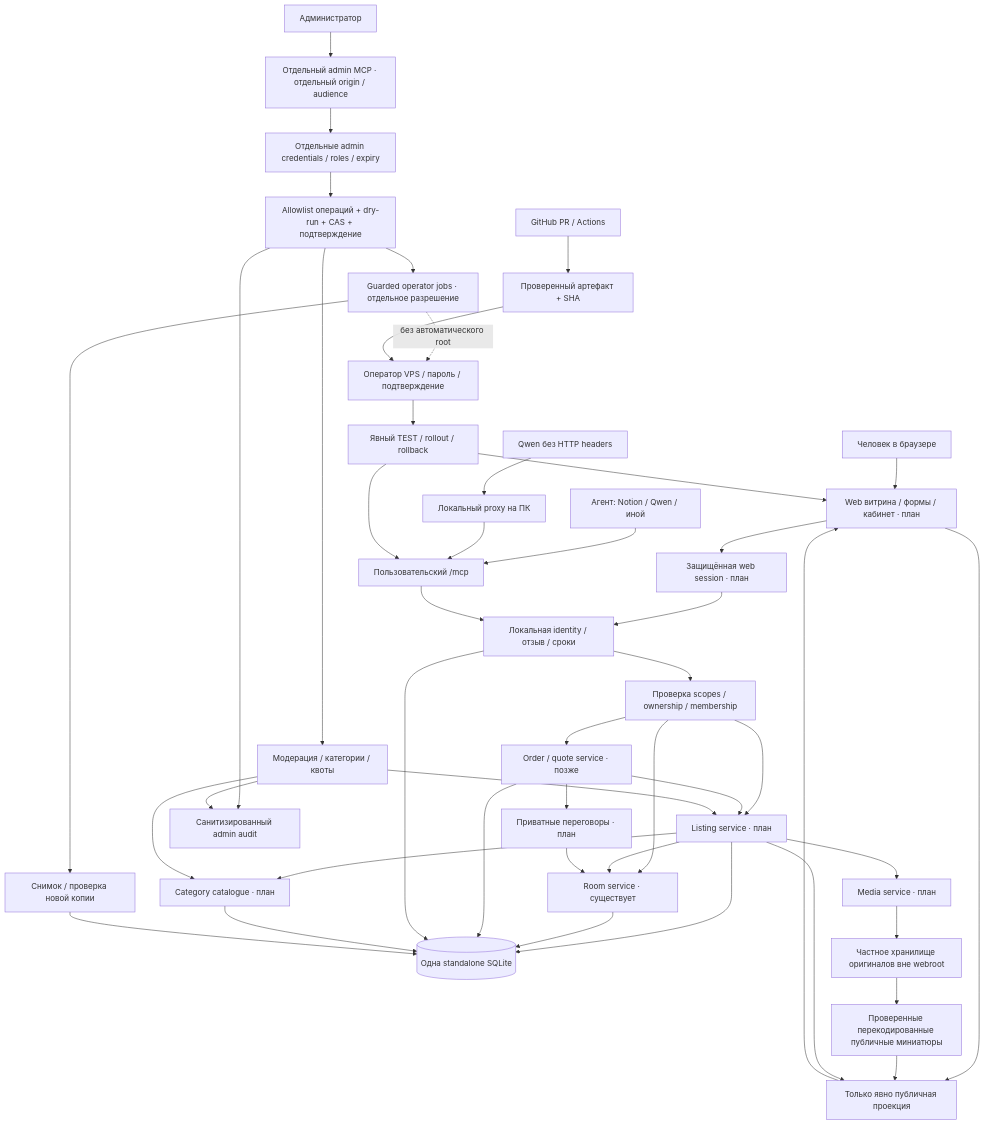
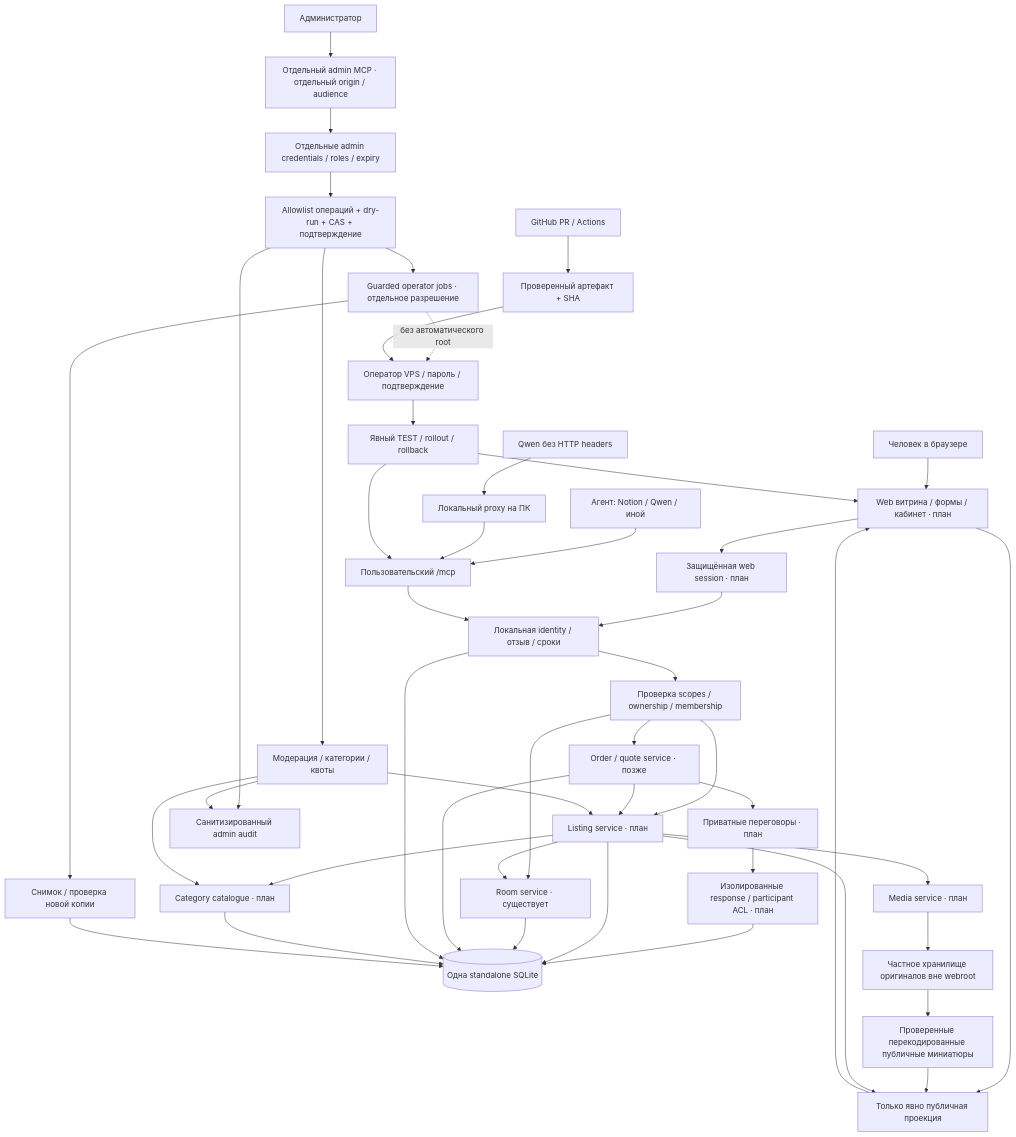
The first of 2 diagrams in docs/architecture-graph.md (LeonidYasin/mcp-rooms), drawn with Mermaid before and after one commit. The commit also changed other lines of this file and 9 other files, not shown here.

````diff
--- a/docs/architecture-graph.md
+++ b/docs/architecture-graph.md
@@ -10,48 +13,49 @@
 ```mermaid
 flowchart TB
   H[Человек в браузере] --> W[Web витрина / формы / кабинет · план]
   A[Агент: Notion / Qwen / иной] --> U[Пользовательский /mcp]
   Q[Qwen без HTTP headers] --> P[Локальный proxy на ПК]
   P --> U
   W --> WS[Защищённая web session · план]
   WS --> ID[Локальная identity / отзыв / сроки]
   U --> ID
   ID --> AUTH[Проверка scopes / ownership / membership]
   W --> PUB[Только явно публичная проекция]
   AUTH --> L[Listing service · план]
   AUTH --> R[Room service · существует]
   AUTH --> O[Order / quote service · позже]
   L --> C[Category catalogue · план]
   L --> M[Media service · план]
   L --> R
   O --> L
   O --> PRIVATE[Приватные переговоры · план]
-  PRIVATE --> R
+  PRIVATE --> RESPONSEDB[Изолированные response / participant ACL · план]
+  RESPONSEDB --> DB
   L --> DB[(Одна standalone SQLite)]
   R --> DB
   O --> DB
   ID --> DB
   C --> DB
   M --> F[Частное хранилище оригиналов вне webroot]
   F --> TH[Проверенные перекодированные публичные миниатюры]
   TH --> PUB
   L --> PUB
   PUB --> W
   ADMIN[Администратор] --> AM[Отдельный admin MCP · отдельный origin / audience]
   AM --> AID[Отдельные admin credentials / roles / expiry]
   AID --> POLICY[Allowlist операций + dry-run + CAS + подтверждение]
   POLICY --> MOD[Модерация / категории / квоты]
   MOD --> L
   MOD --> C
   POLICY --> AUD[Санитизированный admin audit]
   MOD --> AUD
   POLICY --> OPS[Guarded operator jobs · отдельное разрешение]
   OPS --> BACK[Снимок / проверка новой копии]
   BACK --> DB
   OPS -. без автоматического root .-> ROOT[Оператор VPS / пароль / подтверждение]
   CI[GitHub PR / Actions] --> ART[Проверенный артефакт + SHA]
   ART --> ROOT
   ROOT --> DEP[Явный TEST / rollout / rollback]
   DEP --> U
   DEP --> W
 ```
````
